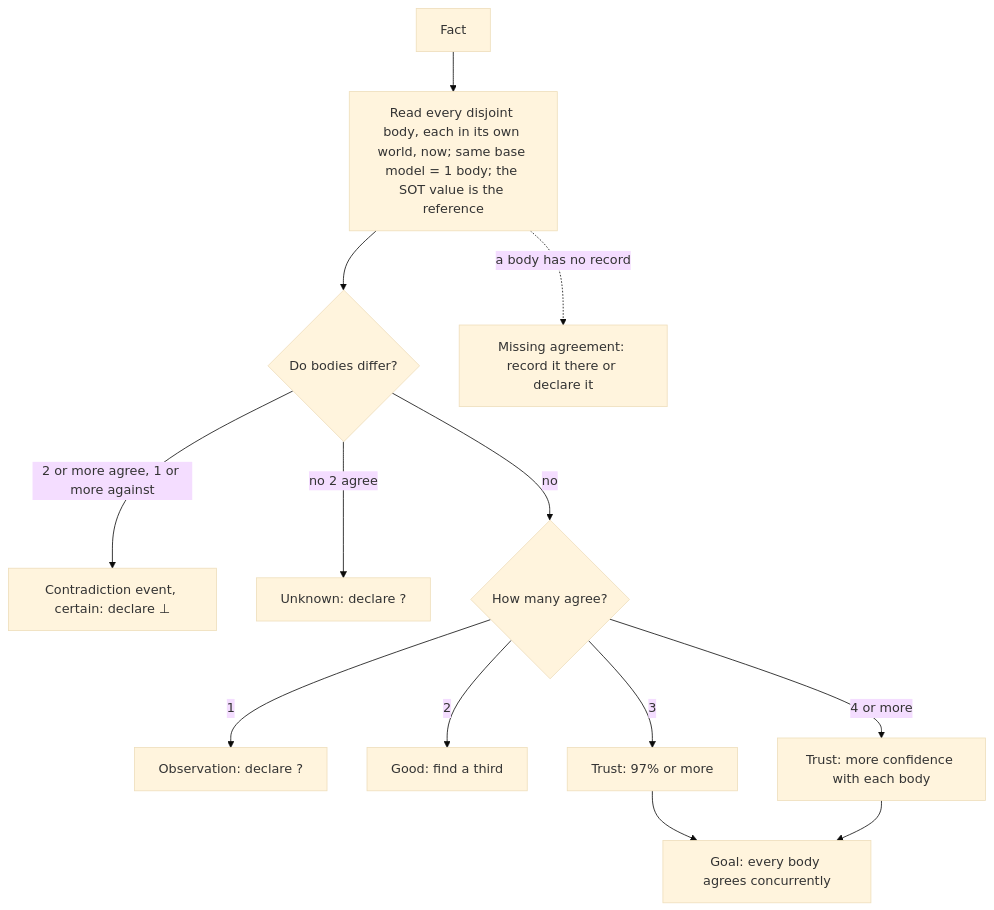
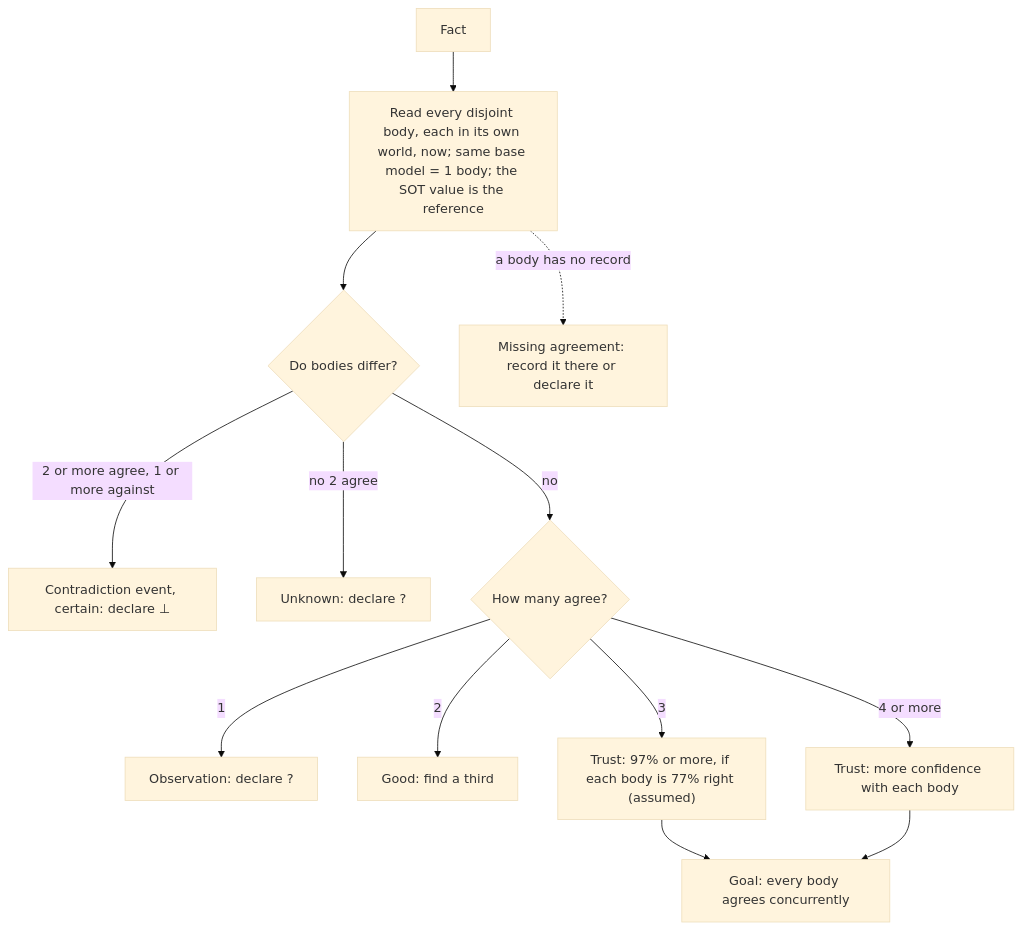
One commit to SolenixAI/arbiter changed diagram 14 of 14 in AGENTS.md. Above: the diagram before and after it, drawn with Mermaid (base theme). The commit also changed other lines of this file, not shown here.

````diff
--- a/AGENTS.md
+++ b/AGENTS.md
@@ -566,15 +571,15 @@
 ```mermaid
 flowchart TD
   F[Fact] --> B["Read every disjoint body, each in its own world, now; same base model = 1 body; the SOT value is the reference"]
   B --> D{Do bodies differ?}
   D -->|2 or more agree, 1 or more against| C["Contradiction event, certain: declare ⊥"]
   D -->|no 2 agree| U["Unknown: declare ?"]
   D -->|no| N{How many agree?}
   N -->|1| O["Observation: declare ?"]
   N -->|2| G[Good: find a third]
-  N -->|3| T[Trust: 97% or more]
+  N -->|3| T["Trust: 97% or more, if each body is 77% right (assumed)"]
   N -->|4 or more| M[Trust: more confidence with each body]
   B -.->|a body has no record| Mi[Missing agreement: record it there or declare it]
   T --> Goal[Goal: every body agrees concurrently]
   M --> Goal
 ```
````
